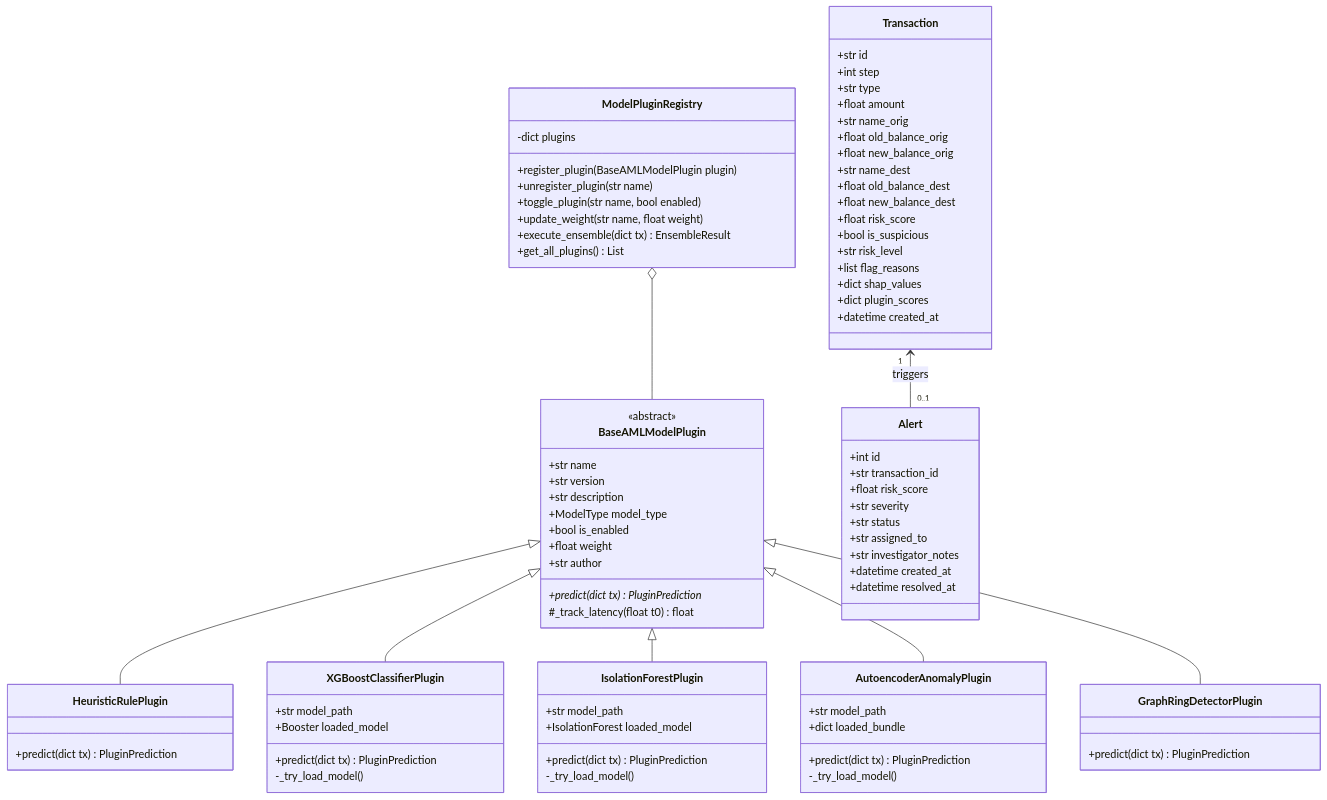
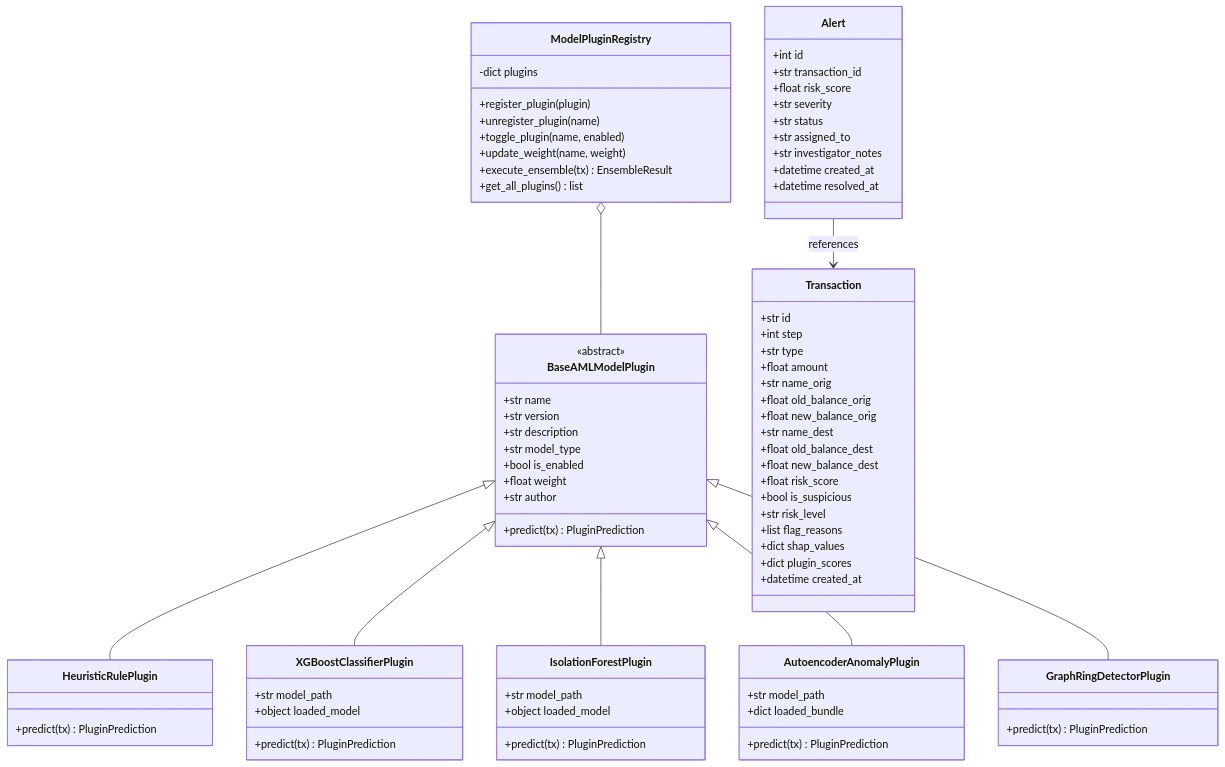
Diagram 11 of 13 in documentation.md (BharathKumar113/anti_money_laundering), drawn with Mermaid before and after one commit. The commit also changed other lines of this file, not shown here.

Commit message:
fix(docs): resolve rich display render issues, sanitize Mermaid diagrams, and add visual layout cards

````diff
--- a/documentation.md
+++ b/documentation.md
@@ -572,51 +667,47 @@
         +str name
         +str version
         +str description
-        +ModelType model_type
+        +str model_type
         +bool is_enabled
         +float weight
         +str author
-        +predict(dict tx)* PluginPrediction
-        #_track_latency(float t0) float
+        +predict(tx) PluginPrediction
     }
 
     class HeuristicRulePlugin {
-        +predict(dict tx) PluginPrediction
+        +predict(tx) PluginPrediction
     }
 
     class XGBoostClassifierPlugin {
         +str model_path
-        +Booster loaded_model
-        +predict(dict tx) PluginPrediction
-        -_try_load_model()
+        +object loaded_model
+        +predict(tx) PluginPrediction
     }
 
     class IsolationForestPlugin {
         +str model_path
-        +IsolationForest loaded_model
-        +predict(dict tx) PluginPrediction
-        -_try_load_model()
+        +object loaded_model
+        +predict(tx) PluginPrediction
     }
 
     class AutoencoderAnomalyPlugin {
         +str model_path
         +dict loaded_bundle
-        +predict(dict tx) PluginPrediction
-        -_try_load_model()
+        +predict(tx) PluginPrediction
     }
 
     class GraphRingDetectorPlugin {
-        +predict(dict tx) PluginPrediction
+        +predict(tx) PluginPrediction
     }
 
     class ModelPluginRegistry {
         -dict plugins
-        +register_plugin(BaseAMLModelPlugin plugin)
-        +unregister_plugin(str name)
-        +toggle_plugin(str name, bool enabled)
-        +update_weight(str name, float weight)
-        +execute_ensemble(dict tx) EnsembleResult
-        +get_all_plugins() List
+        +register_plugin(plugin)
+        +unregister_plugin(name)
+        +toggle_plugin(name, enabled)
+        +update_weight(name, weight)
+        +execute_ensemble(tx) EnsembleResult
+        +get_all_plugins() list
     }
 
     class Transaction {
@@ -657,5 +748,5 @@
     BaseAMLModelPlugin <|-- AutoencoderAnomalyPlugin
     BaseAMLModelPlugin <|-- GraphRingDetectorPlugin
     ModelPluginRegistry o-- BaseAMLModelPlugin
-    Transaction "1" <-- "0..1" Alert : triggers
+    Alert --> Transaction : references
 ```
````
